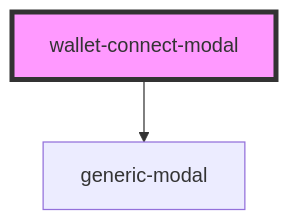
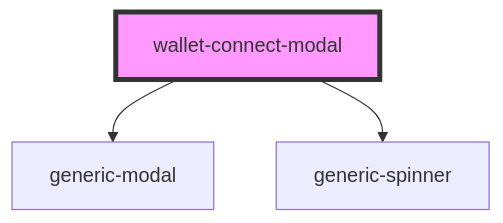
Before and after one commit to multiversx/mx-sdk-dapp-ui: the diagram in src/components/wallet-connect-modal/readme.md, drawn with Mermaid. The commit also changed other lines of this file and 11 other files, not shown here.

Commit message:
Add wallet connect tests and generic spinner

````diff
--- a/src/components/wallet-connect-modal/readme.md
+++ b/src/components/wallet-connect-modal/readme.md
@@ -35,5 +36,6 @@
 ```mermaid
 graph TD;
   wallet-connect-modal --> generic-modal
+  wallet-connect-modal --> generic-spinner
   style wallet-connect-modal fill:#f9f,stroke:#333,stroke-width:4px
 ```
````
